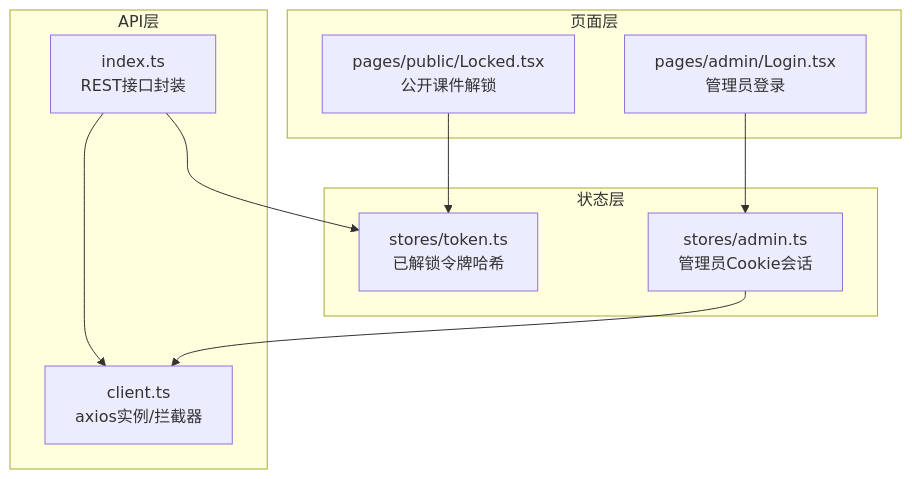
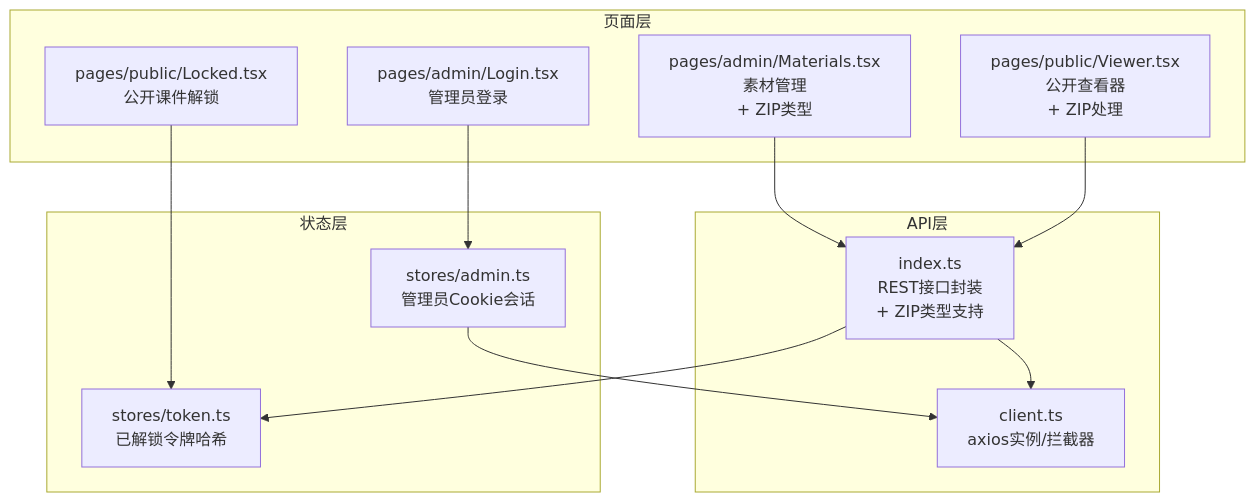
The first of 9 diagrams in .qoder/repowiki/zh/content/前端开发指南/API集成.md (leo21cn/ai-learning-hub), drawn with Mermaid before and after one commit. The commit also changed other lines of this file and 41 other files, not shown here.

````diff
--- a/.qoder/repowiki/zh/content/前端开发指南/API集成.md
+++ b/.qoder/repowiki/zh/content/前端开发指南/API集成.md
@@ -42,20 +54,24 @@
 ```mermaid
 graph TB
 subgraph "API层"
 C["client.ts<br/>axios实例/拦截器"]
-I["index.ts<br/>REST接口封装"]
+I["index.ts<br/>REST接口封装<br/>+ ZIP类型支持"]
 end
 subgraph "状态层"
 T["stores/token.ts<br/>已解锁令牌哈希"]
 A["stores/admin.ts<br/>管理员Cookie会话"]
 end
 subgraph "页面层"
 L["pages/admin/Login.tsx<br/>管理员登录"]
 K["pages/public/Locked.tsx<br/>公开课件解锁"]
+M["pages/admin/Materials.tsx<br/>素材管理<br/>+ ZIP类型"]
+V["pages/public/Viewer.tsx<br/>公开查看器<br/>+ ZIP处理"]
 end
 L --> A
 K --> T
 I --> C
 I --> T
 A --> C
+M --> I
+V --> I
 ```
````
